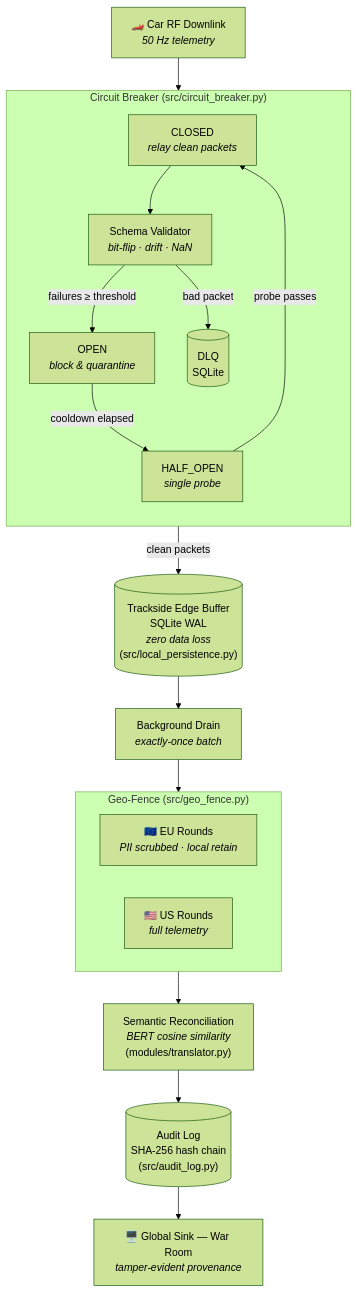
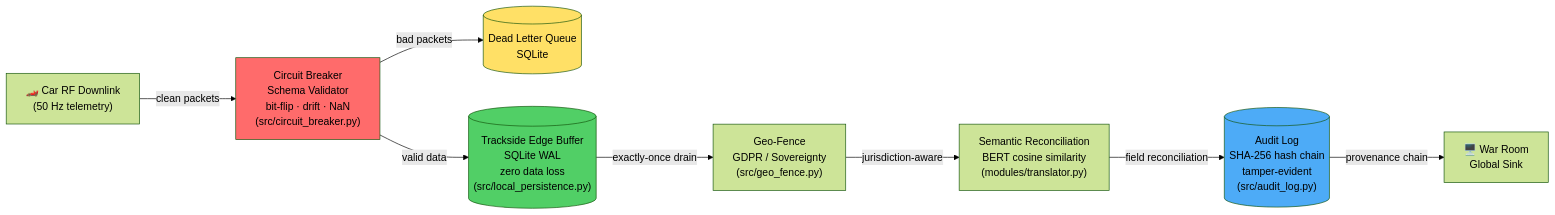
One commit to tarek-clarke/Web-Scraping-Demo changed the diagram in README.md. Above: the diagram before and after it, drawn with Mermaid (forest theme).

Commit message:
fix: simplify Mermaid architecture diagram to eliminate node overlap
Replaced nested subgraph layout with clean horizontal LR flow.
Added color coding for critical modules (red: breaker, yellow: DLQ,
green: edge buffer, blue: audit). ASCII fallback retained for terminals.

````diff
--- a/README.md
+++ b/README.md
@@ -19,39 +19,24 @@
 ```mermaid
-flowchart TD
-    RF["🏎️ Car RF Downlink<br/><i>50 Hz telemetry</i>"]
+flowchart LR
+    RF["🏎️ Car RF Downlink<br/>(50 Hz telemetry)"]
+    CB["Circuit Breaker<br/>Schema Validator<br/>bit-flip · drift · NaN<br/>(src/circuit_breaker.py)"]
+    DLQ[("Dead Letter Queue<br/>SQLite")]
+    EDGE[("Trackside Edge Buffer<br/>SQLite WAL<br/>zero data loss<br/>(src/local_persistence.py)")]
+    GEO["Geo-Fence<br/>GDPR / Sovereignty<br/>(src/geo_fence.py)"]
+    BERT["Semantic Reconciliation<br/>BERT cosine similarity<br/>(modules/translator.py)"]
+    AUDIT[("Audit Log<br/>SHA-256 hash chain<br/>tamper-evident<br/>(src/audit_log.py)")]
+    SINK["🖥️ War Room<br/>Global Sink"]
 
-    subgraph CB["Circuit Breaker  (src/circuit_breaker.py)"]
-        direction TB
-        CLOSED["CLOSED<br/><i>relay clean packets</i>"]
-        VALIDATOR["Schema Validator<br/><i>bit-flip · drift · NaN</i>"]
-        OPEN["OPEN<br/><i>block &amp; quarantine</i>"]
-        HALF["HALF_OPEN<br/><i>single probe</i>"]
-        DLQ[("DLQ<br/>SQLite")]
-        CLOSED --> VALIDATOR
-        VALIDATOR -- "failures ≥ threshold" --> OPEN
-        OPEN -- "cooldown elapsed" --> HALF
-        HALF -- "probe passes" --> CLOSED
-        VALIDATOR -- "bad packet" --> DLQ
-    end
+    RF -->|clean packets| CB
+    CB -->|bad packets| DLQ
+    CB -->|valid data| EDGE
+    EDGE -->|exactly-once drain| GEO
+    GEO -->|jurisdiction-aware| BERT
+    BERT -->|field reconciliation| AUDIT
+    AUDIT -->|provenance chain| SINK
 
-    EDGE[("Trackside Edge Buffer<br/>SQLite WAL<br/><i>zero data loss</i><br/>(src/local_persistence.py)")]
-    DRAIN["Background Drain<br/><i>exactly-once batch</i>"]
-
-    subgraph GEO["Geo-Fence  (src/geo_fence.py)"]
-        direction LR
-        EU["🇪🇺 EU Rounds<br/><i>PII scrubbed · local retain</i>"]
-        US["🇺🇸 US Rounds<br/><i>full telemetry</i>"]
-    end
-
-    BERT["Semantic Reconciliation<br/><i>BERT cosine similarity</i><br/>(modules/translator.py)"]
-    AUDIT[("Audit Log<br/>SHA-256 hash chain<br/>(src/audit_log.py)")]
-    SINK["🖥️ Global Sink — War Room<br/><i>tamper-evident provenance</i>"]
-
-    RF --> CB
-    CB -- "clean packets" --> EDGE
-    EDGE --> DRAIN
-    DRAIN --> GEO
-    GEO --> BERT
-    BERT --> AUDIT
-    AUDIT --> SINK
+    style CB fill:#ff6b6b
+    style DLQ fill:#ffe066
+    style EDGE fill:#51cf66
+    style AUDIT fill:#4dabf7
 ```
````
